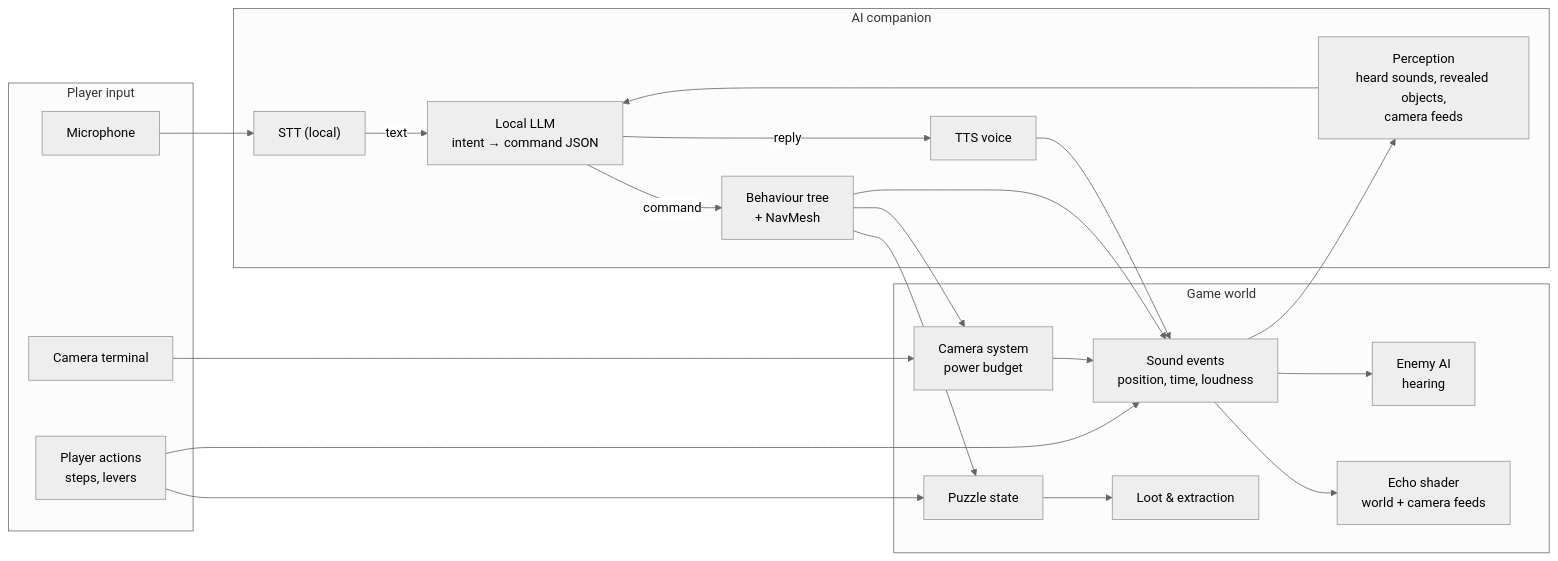
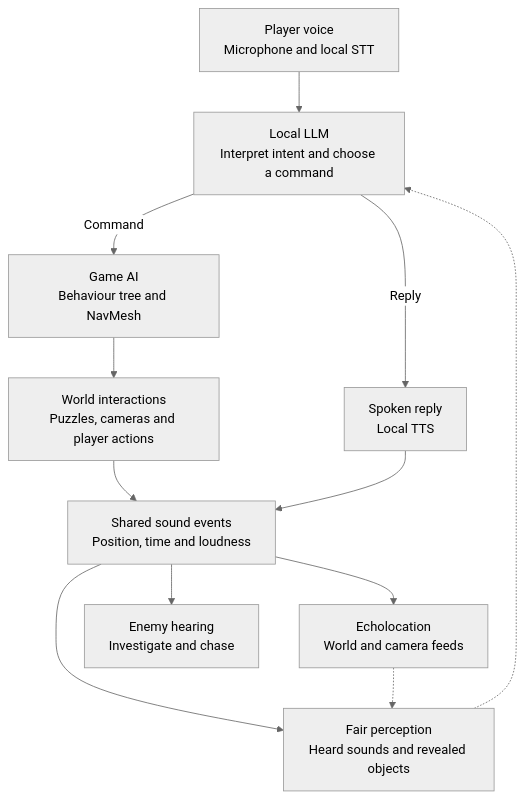
Before and after one commit to VarikSoft/echosound: the third of 3 diagrams in README.md, drawn with Mermaid (neutral theme). The commit also changed other lines of this file and 219 other files, not shown here.

````diff
--- a/README.md
+++ b/README.md
@@ -112,41 +101,26 @@
 ```mermaid
-flowchart LR
-    subgraph Input["Player input"]
-        Mic["Microphone"]
-        Actions["Player actions<br/>steps, levers"]
-        Term["Camera terminal"]
-    end
+flowchart TB
+    accTitle: Planned voice companion architecture
+    accDescr: Local speech recognition and fair perception feed the LLM. Game AI executes commands and TTS speaks replies. Shared sound events drive echoes, enemy hearing and perception.
+    Voice["Player voice<br/>Microphone and local STT"]
+    LLM["Local LLM<br/>Interpret intent and choose a command"]
+    Actions["Game AI<br/>Behaviour tree and NavMesh"]
+    Speech["Spoken reply<br/>Local TTS"]
+    World["World interactions<br/>Puzzles, cameras and player actions"]
+    Sound["Shared sound events<br/>Position, time and loudness"]
+    Echo["Echolocation<br/>World and camera feeds"]
+    Hearing["Enemy hearing<br/>Investigate and chase"]
+    Perception["Fair perception<br/>Heard sounds and revealed objects"]
 
-    subgraph AI["AI companion"]
-        STT["STT (local)"]
-        Percept["Perception<br/>heard sounds, revealed objects,<br/>camera feeds"]
-        LLM["Local LLM<br/>intent → command JSON"]
-        BT["Behaviour tree<br/>+ NavMesh"]
-        TTS["TTS voice"]
-    end
-
-    subgraph World["Game world"]
-        Puzzles["Puzzle state"]
-        Cameras["Camera system<br/>power budget"]
-        Sound["Sound events<br/>position, time, loudness"]
-        Enemies["Enemy AI<br/>hearing"]
-        Render["Echo shader<br/>world + camera feeds"]
-        Loot["Loot & extraction"]
-    end
-
-    Mic --> STT -->|text| LLM
-    Percept --> LLM
-    LLM -->|command| BT
-    LLM -->|reply| TTS
-    BT --> Puzzles
-    BT --> Cameras
-    BT --> Sound
-    TTS --> Sound
-    Actions --> Puzzles
-    Actions --> Sound
-    Term --> Cameras --> Sound
-    Sound --> Enemies
-    Sound --> Render
-    Sound --> Percept
-    Puzzles --> Loot
+    Voice --> LLM
+    Perception -.-> LLM
+    LLM -->|Command| Actions
+    LLM -->|Reply| Speech
+    Actions --> World
+    World --> Sound
+    Speech --> Sound
+    Sound --> Echo
+    Sound --> Hearing
+    Sound --> Perception
+    Echo -.-> Perception
 ```
````
